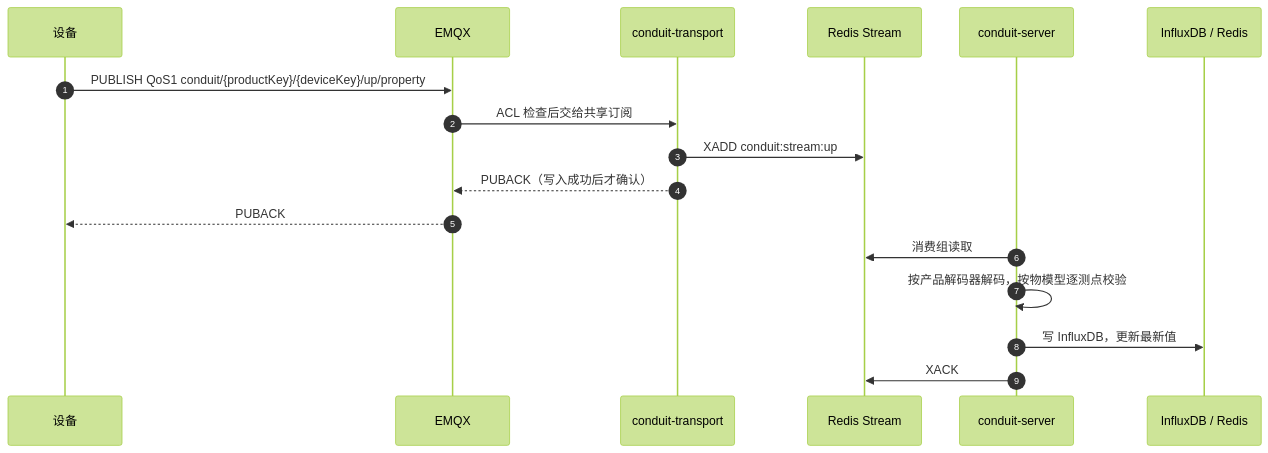
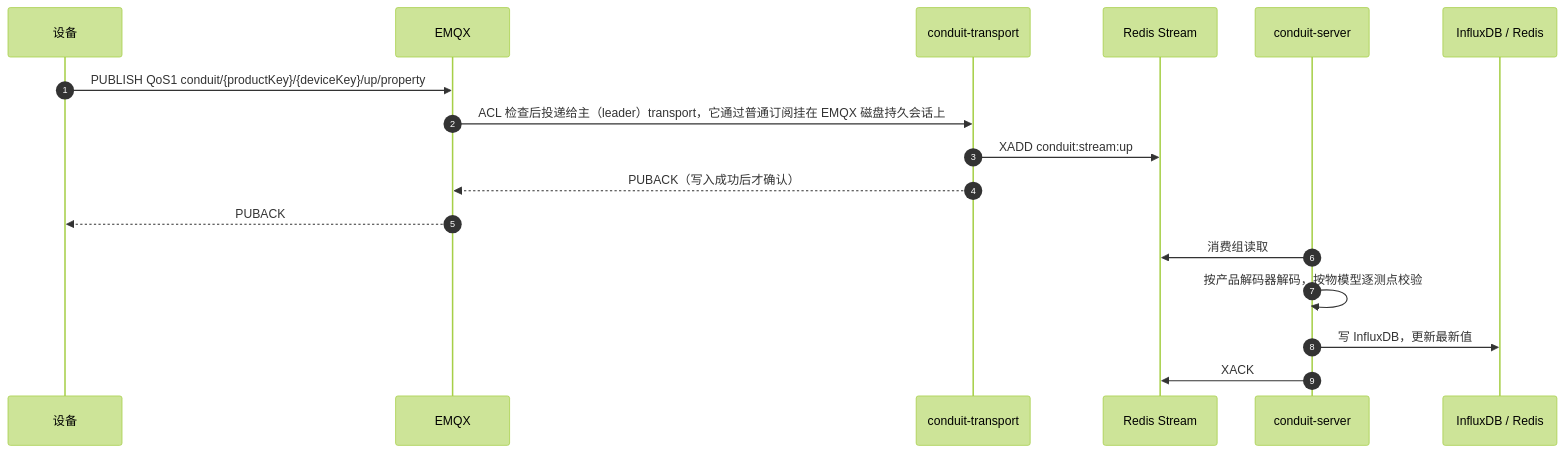
One commit to Clarence404/Conduit changed the second of 2 diagrams in docs/device-integration.md. Above: the diagram before and after it, drawn with Mermaid (forest theme). The commit also changed other lines of this file and 4 other files, not shown here.

````diff
--- a/docs/device-integration.md
+++ b/docs/device-integration.md
@@ -27,19 +27,19 @@
 ```mermaid
 sequenceDiagram
     autonumber
     participant Dev as 设备
     participant EMQX
     participant Transport as conduit-transport
     participant Bus as Redis Stream
     participant Server as conduit-server
     participant Store as InfluxDB / Redis
     Dev->>EMQX: PUBLISH QoS1 conduit/{productKey}/{deviceKey}/up/property
-    EMQX->>Transport: ACL 检查后交给共享订阅
+    EMQX->>Transport: ACL 检查后投递给主（leader）transport，它通过普通订阅挂在 EMQX 磁盘持久会话上
     Transport->>Bus: XADD conduit:stream:up
     Transport-->>EMQX: PUBACK（写入成功后才确认）
     EMQX-->>Dev: PUBACK
     Server->>Bus: 消费组读取
     Server->>Server: 按产品解码器解码，按物模型逐测点校验
     Server->>Store: 写 InfluxDB，更新最新值
     Server->>Bus: XACK
 ```
````
